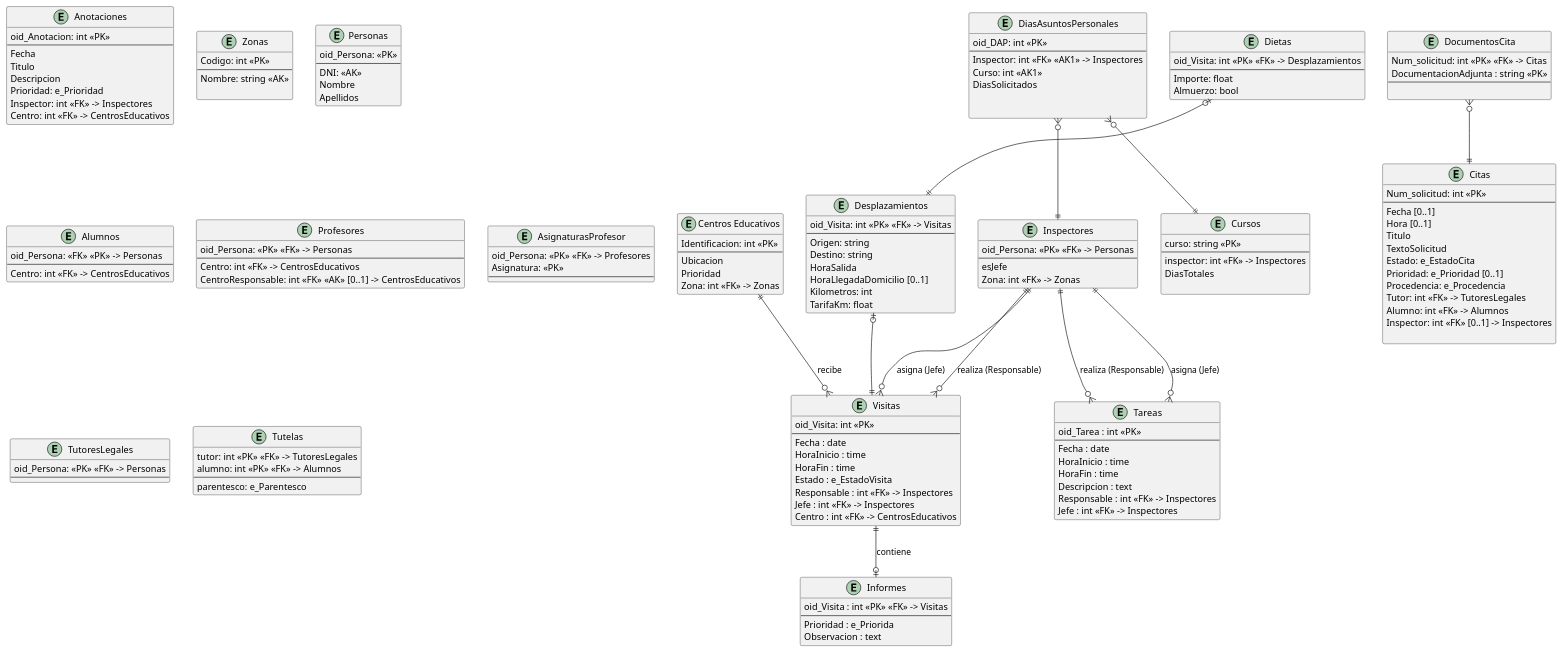
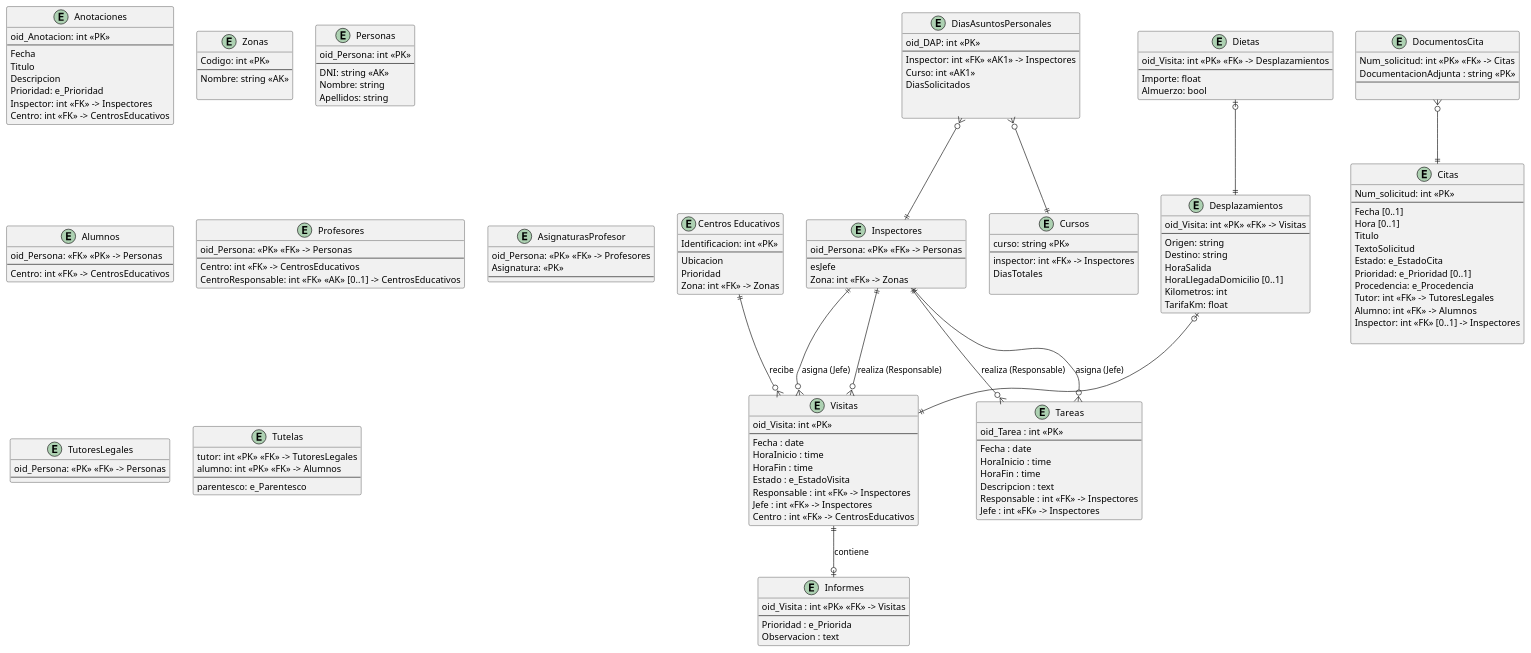
The diagram in modelado/modelado_relacional.puml (lorenzomaranon/ProyectoBD_Inspeccion_Educativa), drawn with PlantUML before and after one commit.

Commit message:
Añade tipos entidad persona

```diff
--- a/modelado/modelado_relacional.puml
+++ b/modelado/modelado_relacional.puml
@@ -1,191 +1,191 @@
 @startuml modelado_relacional
 hide methods
 skinparam ClassAttributeIconSize 0
 
 
 entity "Centros Educativos" as CentrosEducativos {
     Identificacion: int <<PK>>
     --
     Ubicacion
     Prioridad
     Zona: int <<FK>> -> Zonas
 }
 
 
 entity DocumentosCita {
     Num_solicitud: int <<PK>> <<FK>> -> Citas
     DocumentacionAdjunta : string <<PK>>
     --
      
 }
 entity Citas {
     Num_solicitud: int <<PK>> 
     --
     Fecha [0..1]
     Hora [0..1]
     Titulo
     TextoSolicitud
     Estado: e_EstadoCita
     Prioridad: e_Prioridad [0..1]
     Procedencia: e_Procedencia
     Tutor: int <<FK>> -> TutoresLegales
     Alumno: int <<FK>> -> Alumnos
     Inspector: int <<FK>> [0..1] -> Inspectores
 
 }
 
 entity Anotaciones {
     oid_Anotacion: int <<PK>>
     --
     Fecha
     Titulo
     Descripcion
     Prioridad: e_Prioridad
     Inspector: int <<FK>> -> Inspectores
     Centro: int <<FK>> -> CentrosEducativos
 }
 
 
 
 entity Visitas {
     oid_Visita: int <<PK>>
     --
     Fecha : date
     HoraInicio : time
     HoraFin : time
     Estado : e_EstadoVisita
     Responsable : int <<FK>> -> Inspectores
     Jefe : int <<FK>> -> Inspectores
     Centro : int <<FK>> -> CentrosEducativos
 }
 
 entity Informes {
     oid_Visita : int <<PK>> <<FK>> -> Visitas
     --
     Prioridad : e_Priorida
     Observacion : text
 }
 
 entity Tareas {
     oid_Tarea : int <<PK>>
     --
     Fecha : date
     HoraInicio : time
     HoraFin : time
     Descripcion : text
     Responsable : int <<FK>> -> Inspectores
     Jefe : int <<FK>> -> Inspectores
 }
 
 
 
 entity Zonas {
     Codigo: int <<PK>>
     --
     Nombre: string <<AK>>
     
 }
 
 entity Personas {
-    oid_Persona: <<PK>>
+    oid_Persona: int <<PK>>
     --
-    DNI: <<AK>>
-    Nombre
-    Apellidos
+    DNI: string <<AK>>
+    Nombre: string
+    Apellidos: string
 }
 
 entity Inspectores {
     oid_Persona: <<PK>> <<FK>> -> Personas
     --
     esJefe
     Zona: int <<FK>> -> Zonas
 }
 entity Alumnos {
     oid_Persona: <<FK>> <<PK>> -> Personas
     --
     Centro: int <<FK>> -> CentrosEducativos
 }
 
 entity Profesores {
     oid_Persona: <<PK>> <<FK>> -> Personas
     --
     Centro: int <<FK>> -> CentrosEducativos
     CentroResponsable: int <<FK>> <<AK>> [0..1] -> CentrosEducativos
 }
 
 entity AsignaturasProfesor {
     oid_Persona: <<PK>> <<FK>> -> Profesores
     Asignatura: <<PK>>
     --
 }
 
 entity TutoresLegales {
     oid_Persona: <<PK>> <<FK>> -> Personas
     --
 }
 
 entity Tutelas {
     tutor: int <<PK>> <<FK>> -> TutoresLegales
     alumno: int <<PK>> <<FK>> -> Alumnos
     --
     parentesco: e_Parentesco
 }
 
 Inspectores ||--o{ Visitas : realiza (Responsable)
 Inspectores ||--o{ Visitas : asigna (Jefe)
 Inspectores ||--o{ Tareas : realiza (Responsable)
 Inspectores ||--o{ Tareas : asigna (Jefe)
 CentrosEducativos ||--o{ Visitas : recibe
 Visitas ||--o| Informes : contiene
 
 
 entity Desplazamientos {
     oid_Visita: int <<PK>> <<FK>> -> Visitas
     --
     Origen: string
     Destino: string
     HoraSalida
     HoraLlegadaDomicilio [0..1]
     Kilometros: int
     TarifaKm: float
 }
 
 
 entity Dietas {
     oid_Visita: int <<PK>> <<FK>> -> Desplazamientos
     --
     Importe: float
     Almuerzo: bool
 }
 
 
 Desplazamientos |o--||Visitas
 Dietas |o--||Desplazamientos
 
 
 entity DiasAsuntosPersonales {
     oid_DAP: int <<PK>>
     --
     Inspector: int <<FK>> <<AK1>> -> Inspectores
     Curso: int <<AK1>>
     DiasSolicitados
     
     
 }
 
 
 entity Cursos {
     curso: string <<PK>>
     --
     inspector: int <<FK>> -> Inspectores
     DiasTotales
 
 }
 
 DiasAsuntosPersonales }o--||Cursos
 DiasAsuntosPersonales }o--||Inspectores
 
 '------- ASOCIACIONES --------------------------------------
 DocumentosCita }o--|| Citas
 
 @enduml
```
